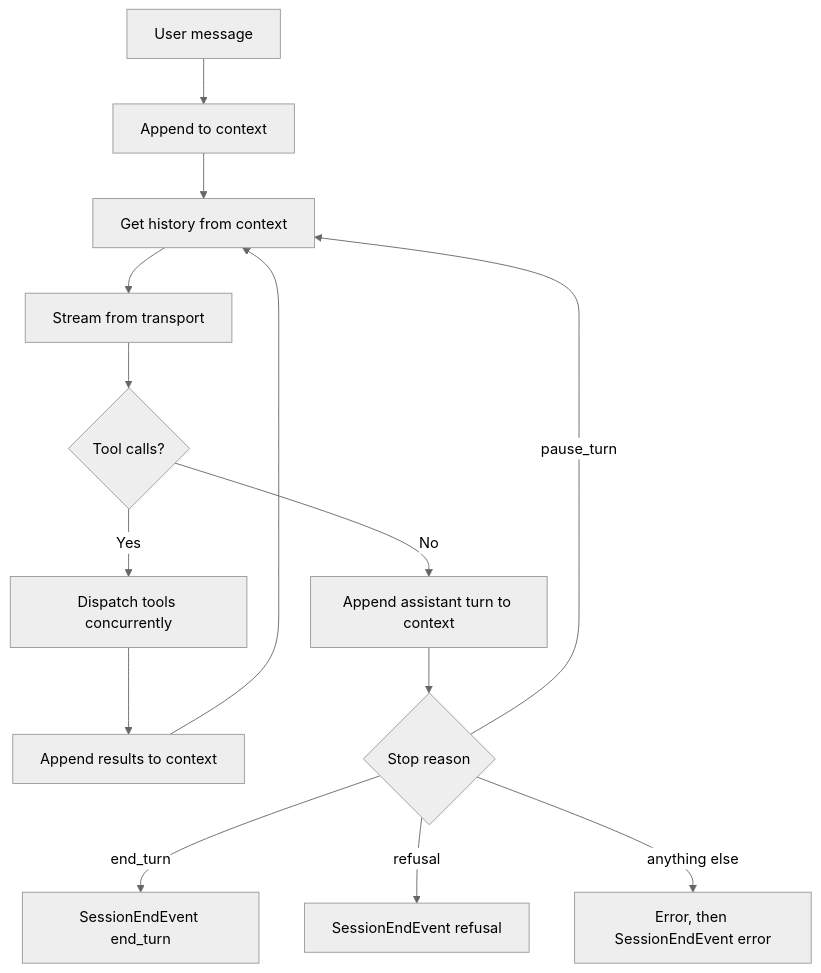
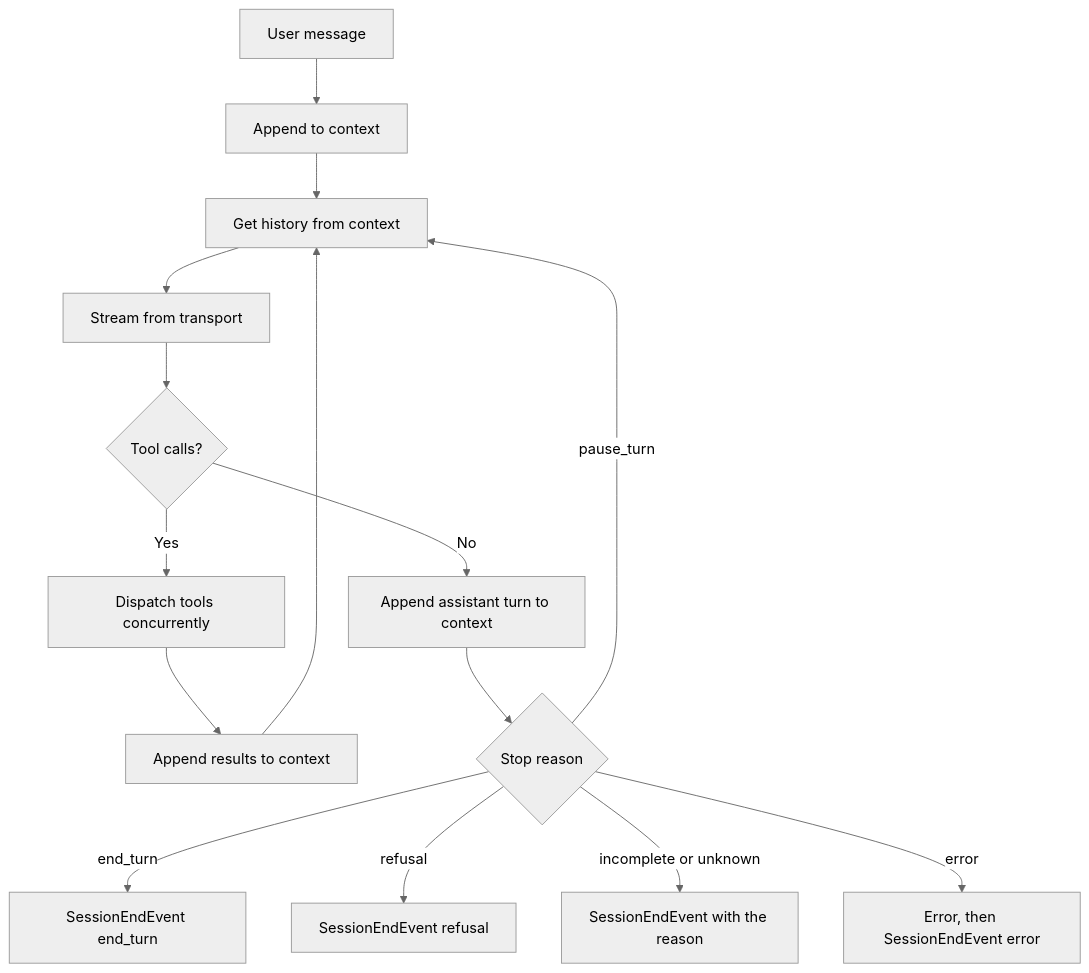
One commit to mosquito/axio-agent changed the diagram in docs/concepts/agent.md. Above: the diagram before and after it, drawn with Mermaid (neutral theme). The commit also changed other lines of this file and 10 other files, not shown here.

````diff
--- a/docs/concepts/agent.md
+++ b/docs/concepts/agent.md
@@ -81,16 +162,17 @@
 ```{mermaid}
 flowchart TD
     A[User message] --> B[Append to context]
     B --> C[Get history from context]
     C --> D[Stream from transport]
     D --> E{Tool calls?}
     E -- Yes --> F[Dispatch tools concurrently]
     F --> G[Append results to context]
     G --> C
     E -- No --> H[Append assistant turn to context]
     H --> I{Stop reason}
     I -- end_turn --> J[SessionEndEvent end_turn]
     I -- refusal --> K[SessionEndEvent refusal]
     I -- pause_turn --> C
-    I -- anything else --> L[Error, then SessionEndEvent error]
+    I -- incomplete or unknown --> M[SessionEndEvent with the reason]
+    I -- error --> L[Error, then SessionEndEvent error]
 ```
````
